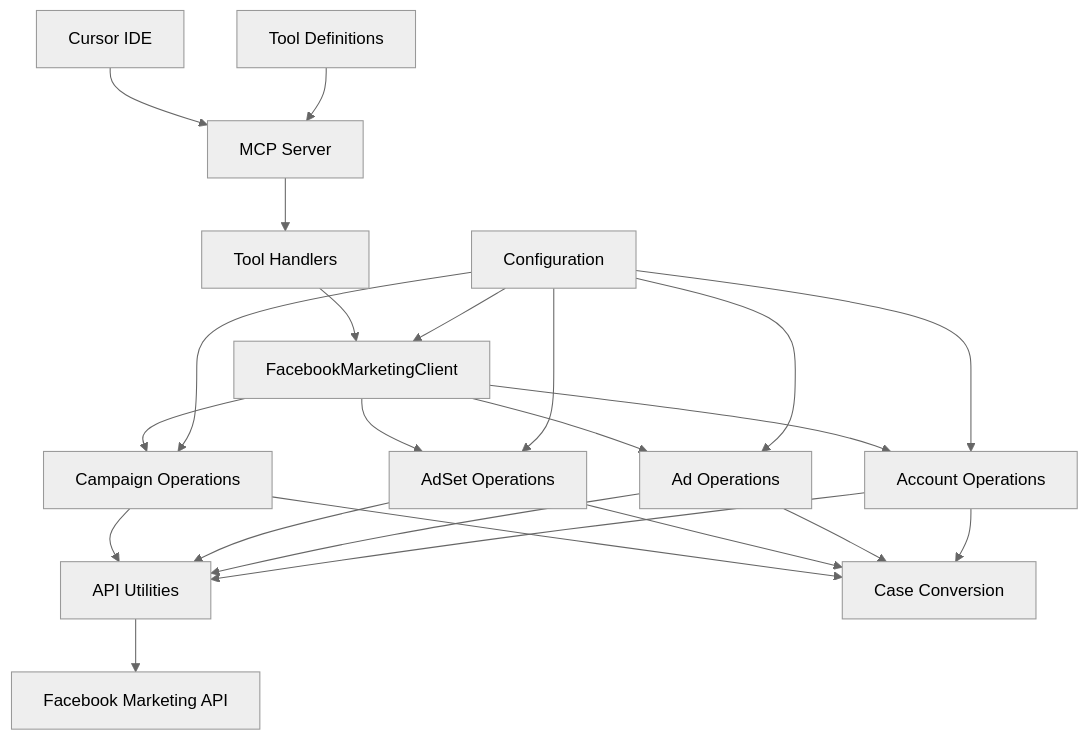
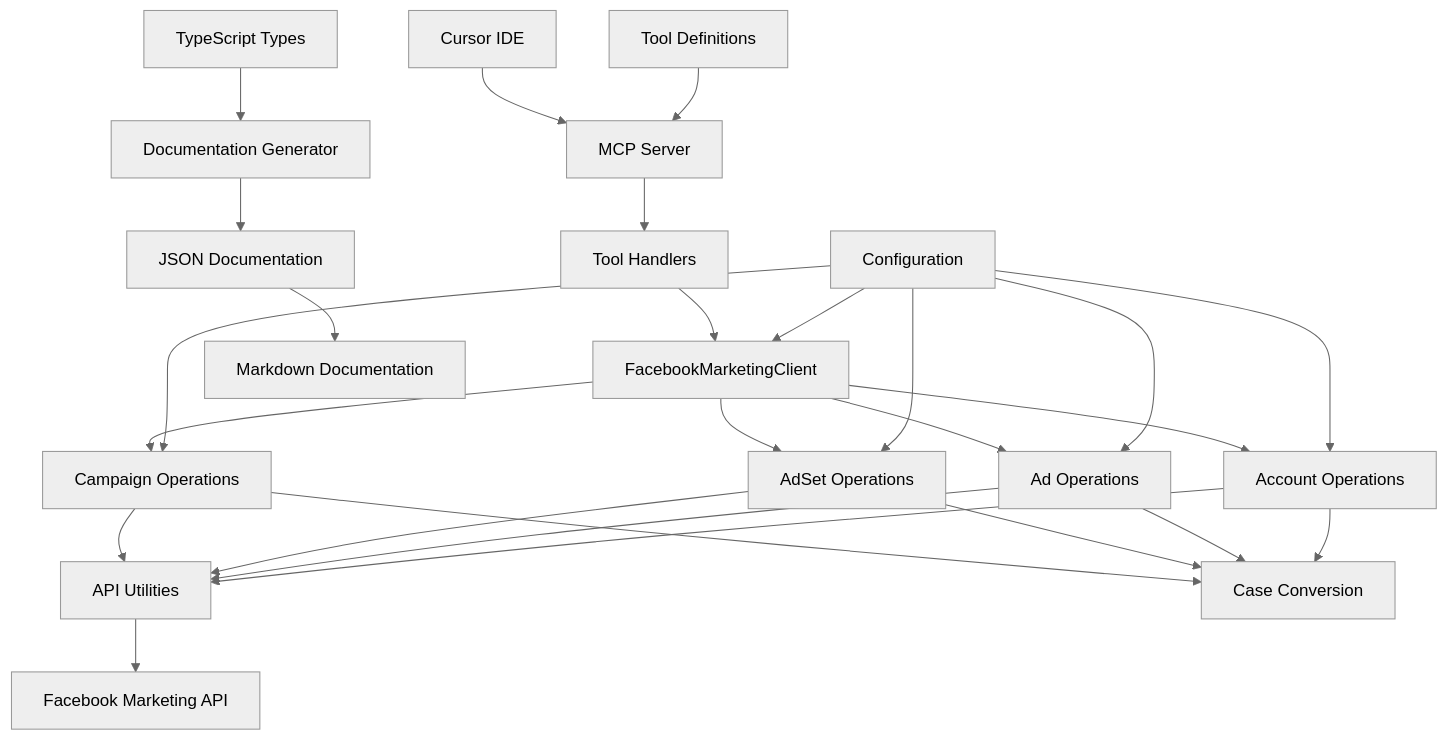
Before and after one commit to hafidsousa/meta-mcp: the diagram in memory-bank/systemPatterns.md, drawn with Mermaid (neutral theme). The commit also changed other lines of this file and 19 other files, not shown here.

````diff
--- a/memory-bank/systemPatterns.md
+++ b/memory-bank/systemPatterns.md
@@ -44,16 +50,19 @@
 ```mermaid
 graph TD
     A[Cursor IDE] --> B[MCP Server]
     B --> C[Tool Handlers]
     C --> D[FacebookMarketingClient]
     D --> E[Campaign Operations]
     D --> F[AdSet Operations]
     D --> G[Ad Operations]
     D --> H[Account Operations]
     E & F & G & H --> I[API Utilities]
     E & F & G & H --> CC[Case Conversion]
     I --> J[Facebook Marketing API]
     K[Configuration] --> D
     K --> E & F & G & H
     L[Tool Definitions] --> B
+    M[TypeScript Types] --> N[Documentation Generator]
+    N --> O[JSON Documentation]
+    O --> P[Markdown Documentation]
 ```
````
